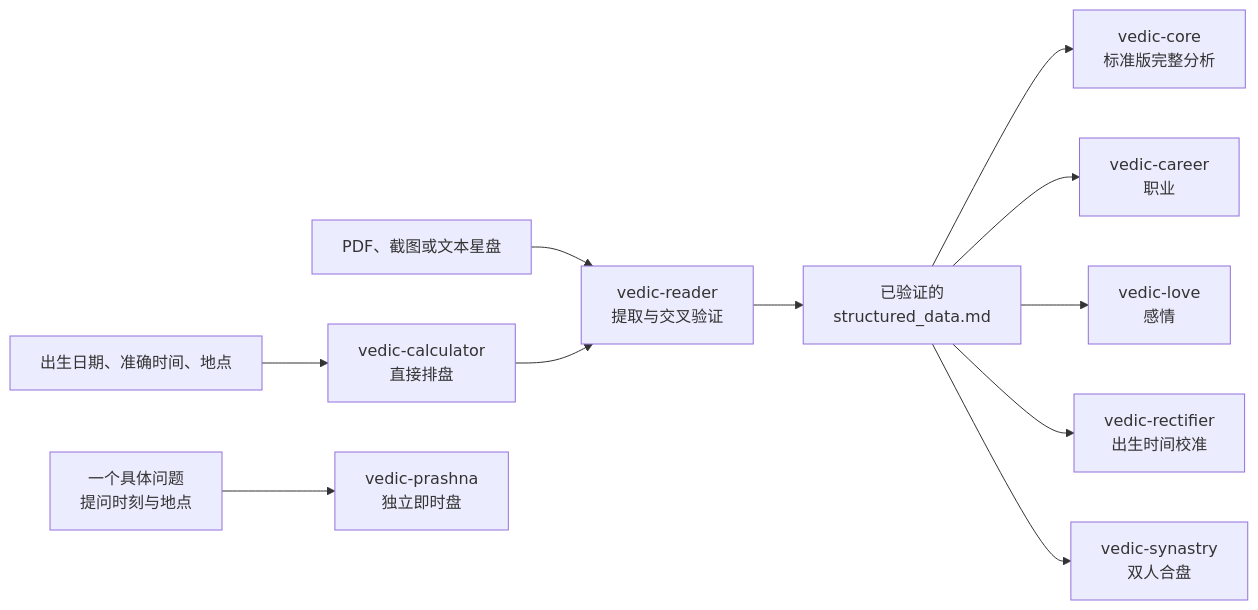
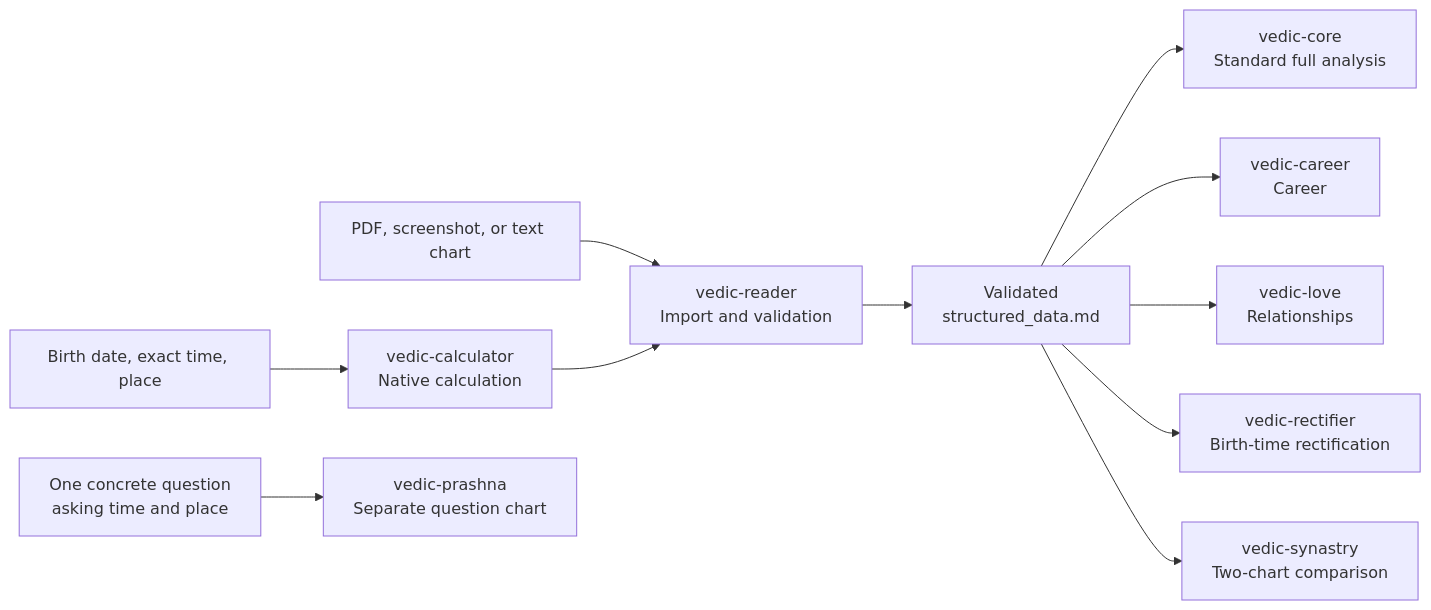
Before and after one commit to vishal09123/Astro-Vedic: the diagram in README.md, drawn with Mermaid. The commit also changed other lines of this file and 239 other files, not shown here.

````diff
--- a/README.md
+++ b/README.md
@@ -72,13 +69,13 @@
 ```mermaid
 flowchart LR
-    A["出生日期、准确时间、地点"] --> B["vedic-calculator<br>直接排盘"]
-    C["PDF、截图或文本星盘"] --> D["vedic-reader<br>提取与交叉验证"]
+    A["Birth date, exact time, place"] --> B["vedic-calculator<br>Native calculation"]
+    C["PDF, screenshot, or text chart"] --> D["vedic-reader<br>Import and validation"]
     B --> D
-    D --> E["已验证的<br>structured_data.md"]
-    E --> F["vedic-core<br>标准版完整分析"]
-    E --> G["vedic-career<br>职业"]
-    E --> H["vedic-love<br>感情"]
-    E --> I["vedic-rectifier<br>出生时间校准"]
-    E --> J["vedic-synastry<br>双人合盘"]
-    K["一个具体问题<br>提问时刻与地点"] --> L["vedic-prashna<br>独立即时盘"]
+    D --> E["Validated<br>structured_data.md"]
+    E --> F["vedic-core<br>Standard full analysis"]
+    E --> G["vedic-career<br>Career"]
+    E --> H["vedic-love<br>Relationships"]
+    E --> I["vedic-rectifier<br>Birth-time rectification"]
+    E --> J["vedic-synastry<br>Two-chart comparison"]
+    K["One concrete question<br>asking time and place"] --> L["vedic-prashna<br>Separate question chart"]
 ```
````
